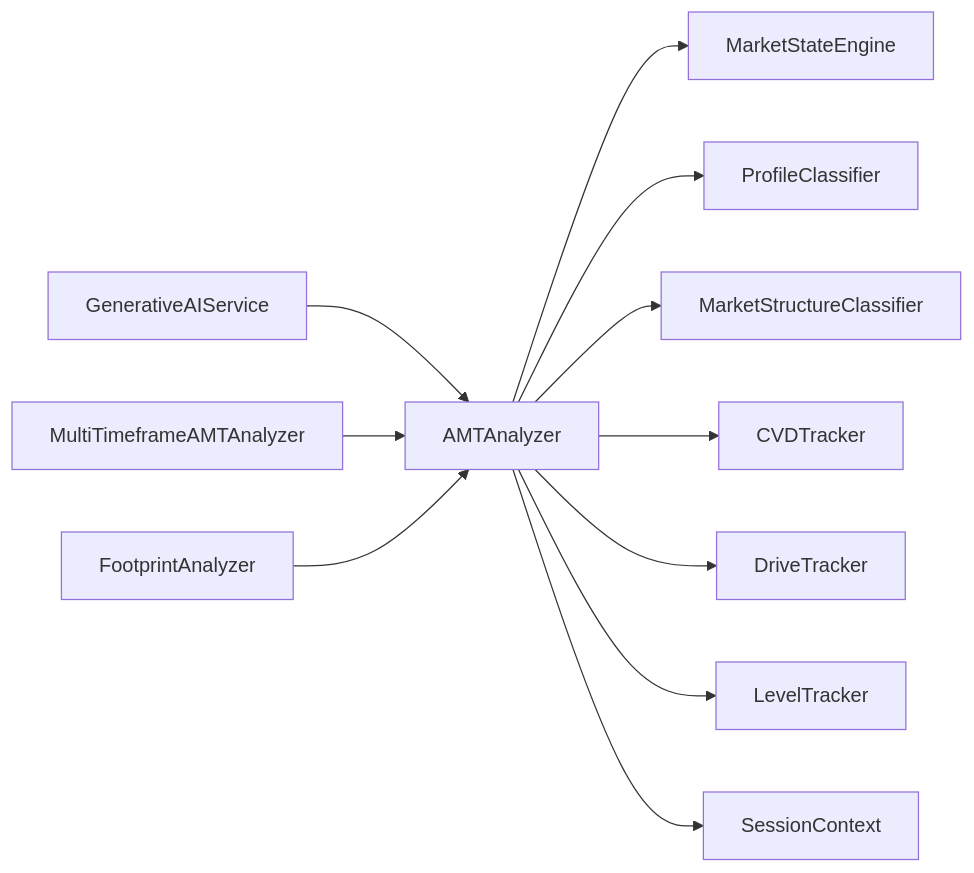
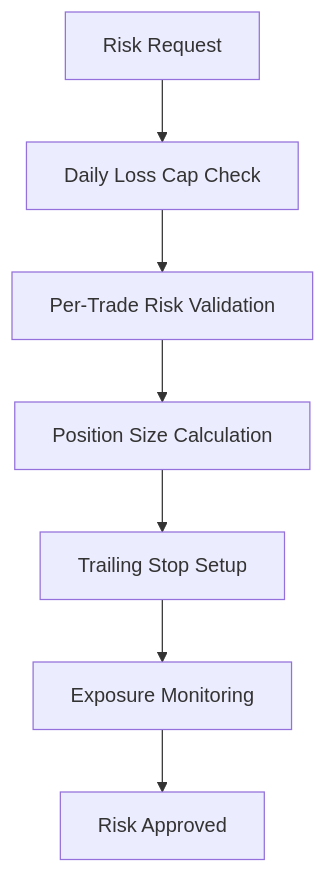
The seventh of 7 diagrams in .qoder/repowiki/en/content/Backend Application/Domain Services/Domain Services.md (gemrajkhatry-maker/v5-of-glassytrade-ai), drawn with Mermaid before and after one commit. The commit also changed other lines of this file and 930 other files, not shown here.

````diff
--- a/.qoder/repowiki/en/content/Backend Application/Domain Services/Domain Services.md
+++ b/.qoder/repowiki/en/content/Backend Application/Domain Services/Domain Services.md
@@ -447,13 +413,9 @@
 ```mermaid
-graph LR
-AMT["AMTAnalyzer"] --> MSE["MarketStateEngine"]
-AMT --> PC["ProfileClassifier"]
-AMT --> MSC["MarketStructureClassifier"]
-AMT --> CVDT["CVDTracker"]
-AMT --> DT["DriveTracker"]
-AMT --> LT["LevelTracker"]
-AMT --> SC["SessionContext"]
-GAIS["GenerativeAIService"] --> AMT
-MTF["MultiTimeframeAMTAnalyzer"] --> AMT
-FA["FootprintAnalyzer"] --> AMT
+flowchart TD
+Risk["Risk Request"] --> DailyCap["Daily Loss Cap Check"]
+DailyCap --> TradeRisk["Per-Trade Risk Validation"]
+TradeRisk --> PositionSize["Position Size Calculation"]
+PositionSize --> Trailing["Trailing Stop Setup"]
+Trailing --> Monitor["Exposure Monitoring"]
+Monitor --> Approve["Risk Approved"]
 ```
````
